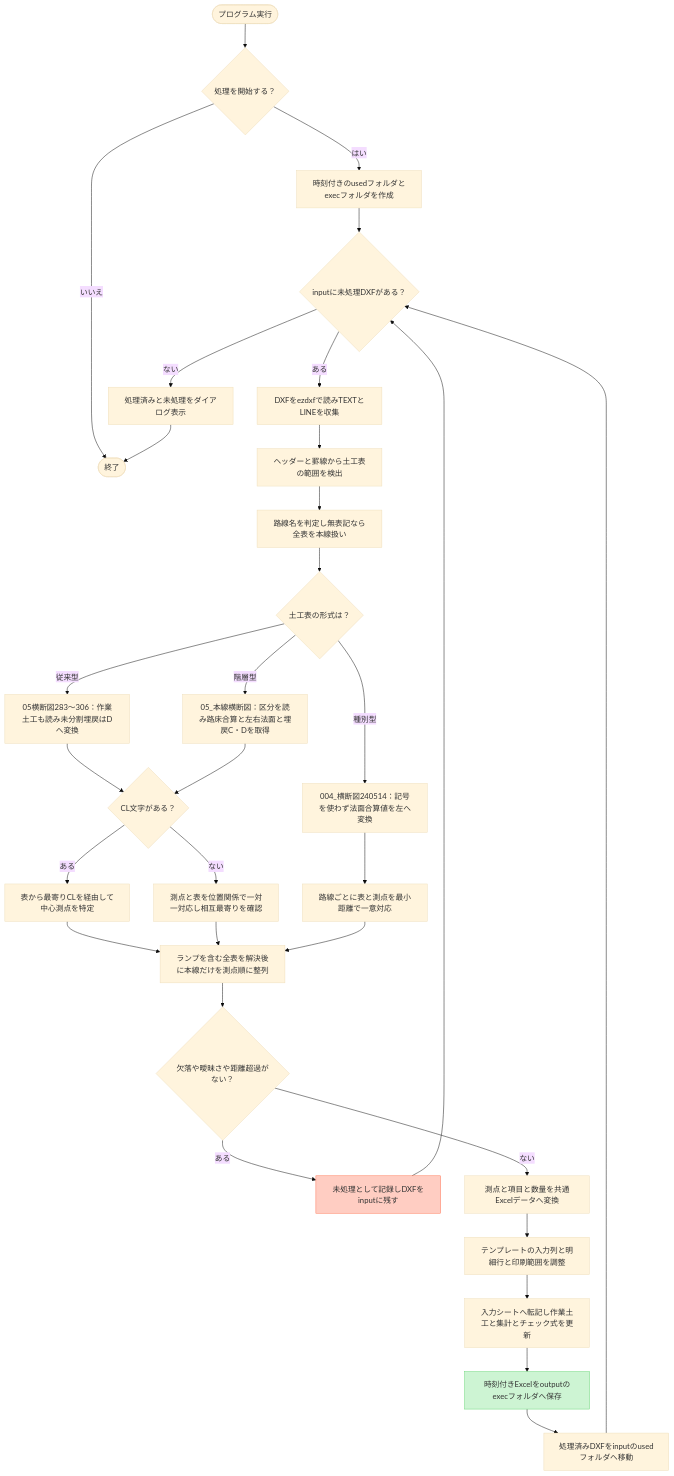
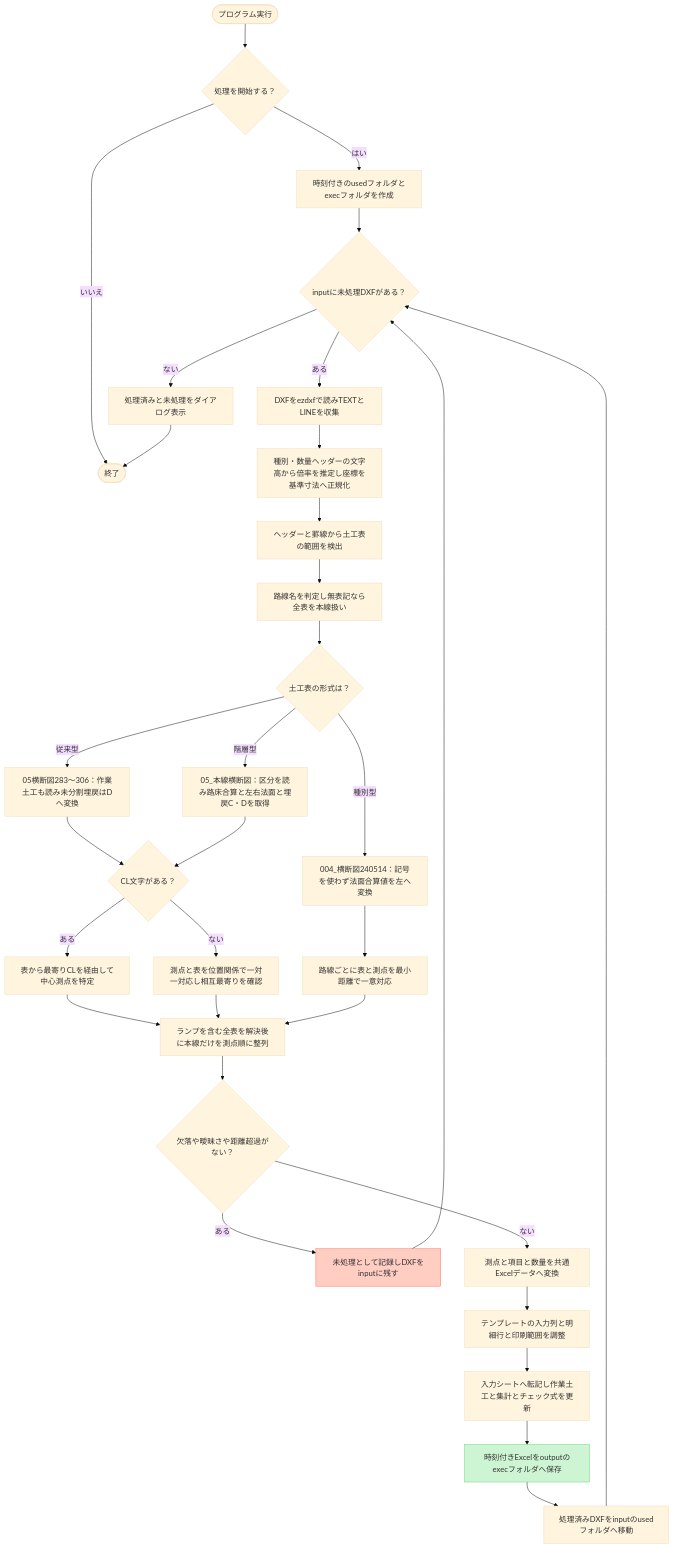
Before and after one commit to kyosukehomma/ezdxf_extractor_1: the diagram in oudan_red_yellow_checker_flow.mmd, drawn with Mermaid (base theme). The commit also changed 3 other files, not shown here.

```diff
--- a/oudan_red_yellow_checker_flow.mmd
+++ b/oudan_red_yellow_checker_flow.mmd
@@ -1,41 +1,42 @@
 flowchart TD
     start([プログラム実行]) --> confirm{"処理を開始する？"}
     confirm -->|"いいえ"| finish([終了])
     confirm -->|"はい"| prepare["時刻付きのusedフォルダとexecフォルダを作成"]
 
     prepare --> hasDxf{"inputに未処理DXFがある？"}
     hasDxf -->|"ない"| result["処理済みと未処理をダイアログ表示"]
     result --> finish
     hasDxf -->|"ある"| readDxf["DXFをezdxfで読みTEXTとLINEを収集"]
 
-    readDxf --> detectTable["ヘッダーと罫線から土工表の範囲を検出"]
+    readDxf --> scaleGeometry["種別・数量ヘッダーの文字高から倍率を推定し座標を基準寸法へ正規化"]
+    scaleGeometry --> detectTable["ヘッダーと罫線から土工表の範囲を検出"]
     detectTable --> detectRoute["路線名を判定し無表記なら全表を本線扱い"]
     detectRoute --> tableFormat{"土工表の形式は？"}
 
     tableFormat -->|"従来型"| legacy["05横断図283～306：作業土工も読み未分割埋戻はDへ変換"]
     tableFormat -->|"階層型"| hierarchical["05_本線横断図：区分を読み路床合算と左右法面と埋戻C・Dを取得"]
     tableFormat -->|"種別型"| category["004_横断図240514：記号を使わず法面合算値を左へ変換"]
 
     legacy --> hasCl{"CL文字がある？"}
     hierarchical --> hasCl
     hasCl -->|"ある"| viaCl["表から最寄りCLを経由して中心測点を特定"]
     hasCl -->|"ない"| viaDistance["測点と表を位置関係で一対一対応し相互最寄りを確認"]
     category --> categoryStation["路線ごとに表と測点を最小距離で一意対応"]
 
     viaCl --> selectMainline
     viaDistance --> selectMainline
     categoryStation --> selectMainline
     selectMainline["ランプを含む全表を解決後に本線だけを測点順に整列"] --> safe{"欠落や曖昧さや距離超過がない？"}
 
     safe -->|"ある"| failed["未処理として記録しDXFをinputに残す"]
     failed --> hasDxf
     safe -->|"ない"| normalize["測点と項目と数量を共通Excelデータへ変換"]
 
     normalize --> prepareWorkbook["テンプレートの入力列と明細行と印刷範囲を調整"]
     prepareWorkbook --> transfer["入力シートへ転記し作業土工と集計とチェック式を更新"]
     transfer --> save["時刻付きExcelをoutputのexecフォルダへ保存"]
     save --> archive["処理済みDXFをinputのusedフォルダへ移動"]
     archive --> hasDxf
 
     style failed fill:#FFCDC2,stroke:#FF7556
     style save fill:#CDF4D3,stroke:#66D575
```
